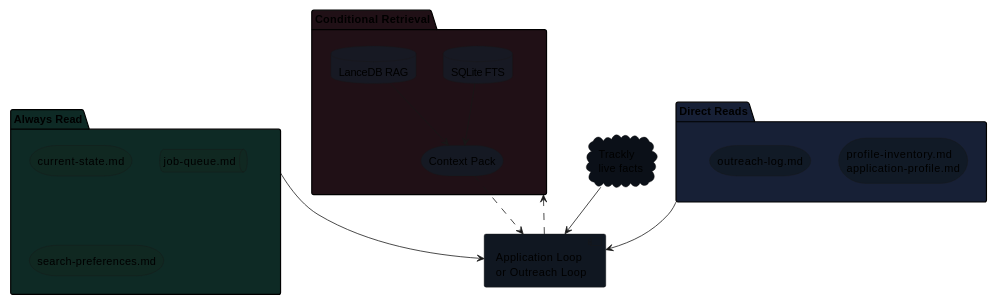
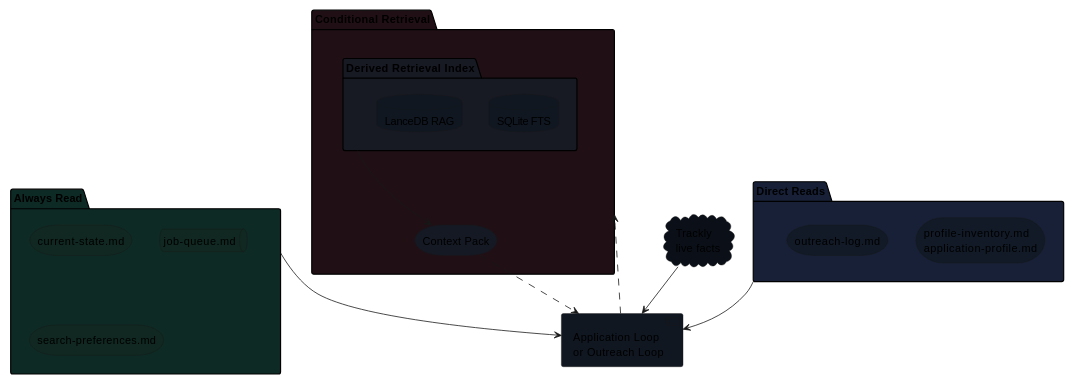
One commit to ddm18/codex-managed-application-workflow changed the diagram in docs/memory.md. Above: the diagram before and after it, drawn with PlantUML. The commit also changed other lines of this file, not shown here.

Commit message:
Clarify retrieval index in memory diagram

````diff
--- a/docs/memory.md
+++ b/docs/memory.md
@@ -15,35 +15,36 @@
 ```plantuml
 @startuml
 top to bottom direction
 scale 0.78
 
 component "Application Loop\nor Outreach Loop" as LOOP #101721
 
 package "Always Read" as ALWAYS #0E2A25 {
   storage "current-state.md" as STATE #102821
   queue "job-queue.md" as QUEUE #102821
   storage "search-preferences.md" as PREFS #102821
 }
 
 package "Direct Reads" as DIRECT #172036 {
   storage "profile-inventory.md\napplication-profile.md" as PROFILE #111A26
   storage "outreach-log.md" as OUTREACH #111A26
 }
 
 package "Conditional Retrieval" as RETRIEVAL #201016 {
-  database "SQLite FTS" as FTS #171923
-  database "LanceDB RAG" as RAG #171923
+  package "Derived Retrieval Index" as INDEX #171923 {
+    database "SQLite FTS" as FTS #101721
+    database "LanceDB RAG" as RAG #101721
+  }
   storage "Context Pack" as PACK #151923
 }
 
 cloud "Trackly\nlive facts" as TRACKLY #0B1018
 
 ALWAYS --> LOOP
 DIRECT --> LOOP
 TRACKLY --> LOOP
 LOOP ..> RETRIEVAL
-FTS --> PACK
-RAG --> PACK
+INDEX --> PACK
 PACK ..> LOOP
 @enduml
 ```
````
